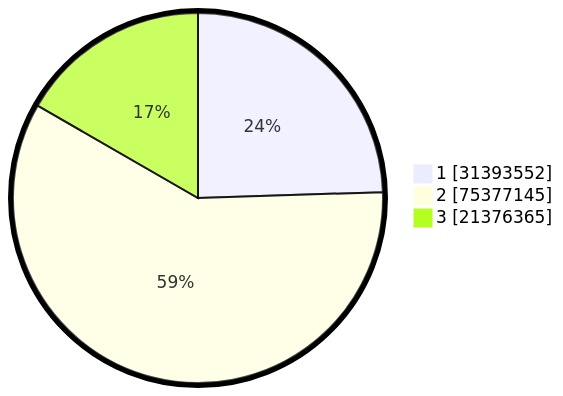
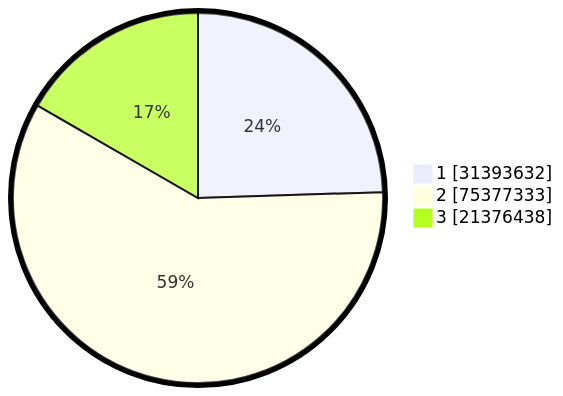
One commit to gigit-pemilu/pemilu-2024 changed the second of 2 diagrams in pilpres/hitung-suara/README.md. Above: the diagram before and after it, drawn with Mermaid. The commit also changed other lines of this file and 4 other files, not shown here.

````diff
--- a/pilpres/hitung-suara/README.md
+++ b/pilpres/hitung-suara/README.md
@@ -93,7 +93,7 @@
 ```mermaid
 %%{init: {"pie": {"textPosition": 0.5}, "themeVariables": {"pieOuterStrokeWidth": "5px"}} }%%
 pie showData
-    "1" : 31393552
-    "2" : 75377145
-    "3" : 21376365
+    "1" : 31393632
+    "2" : 75377333
+    "3" : 21376438
 ```
````
